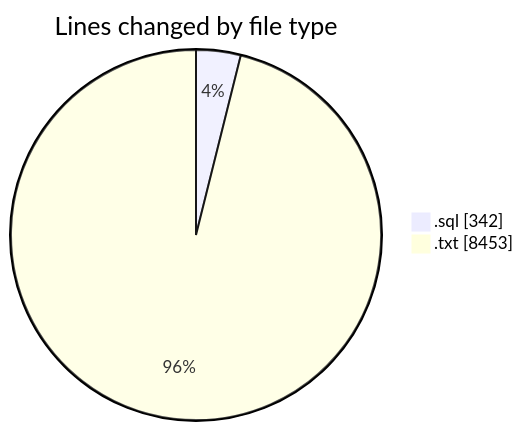
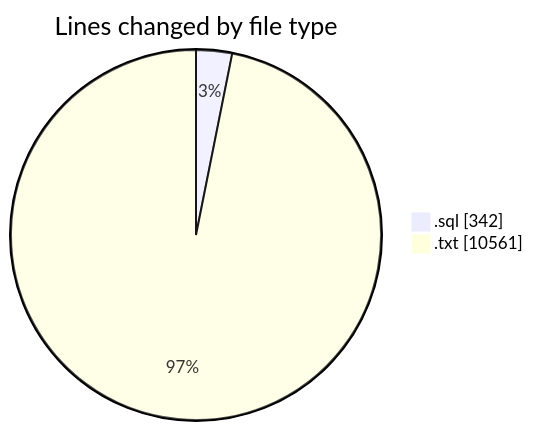
One commit to ricardozamudiocil/code-tracking changed the first of 2 diagrams in 2026-07-13/cilapp/README.md. Above: the diagram before and after it, drawn with Mermaid. The commit also changed other lines of this file and 1 other file, not shown here.

````diff
--- a/2026-07-13/cilapp/README.md
+++ b/2026-07-13/cilapp/README.md
@@ -21,6 +21,6 @@
 ```mermaid
 pie showData
 title Lines changed by file type
 ".sql" : 342
-".txt" : 8453
+".txt" : 10561
 ```
````
